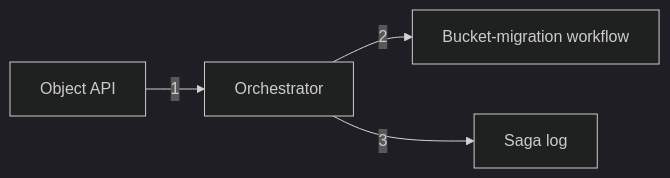
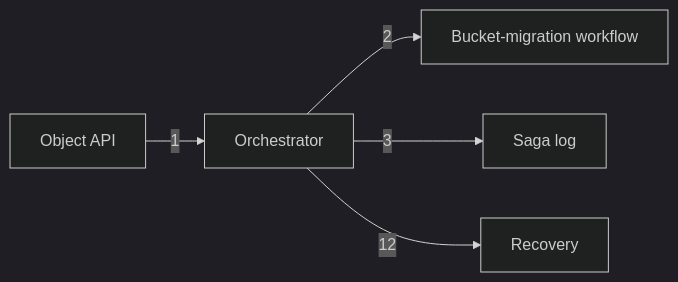
One commit to nickstrad/decentralized-object-store changed the diagram in docs/c4/diagrams/08-component-saga-a.mmd. Above: the diagram before and after it, drawn with Mermaid (dark theme). The commit also changed 9 other files, not shown here.

```diff
--- a/docs/c4/diagrams/08-component-saga-a.mmd
+++ b/docs/c4/diagrams/08-component-saga-a.mmd
@@ -1,5 +1,6 @@
 %% draw-visual: -x 4 -y 1 -p 0
 graph LR
   API[Object API] -->|1| ORCH[Orchestrator]
   ORCH -->|2| WORKFLOW[Bucket-migration workflow]
   ORCH -->|3| LOG[Saga log]
+  ORCH -->|12| RECOVERY[Recovery]
```
